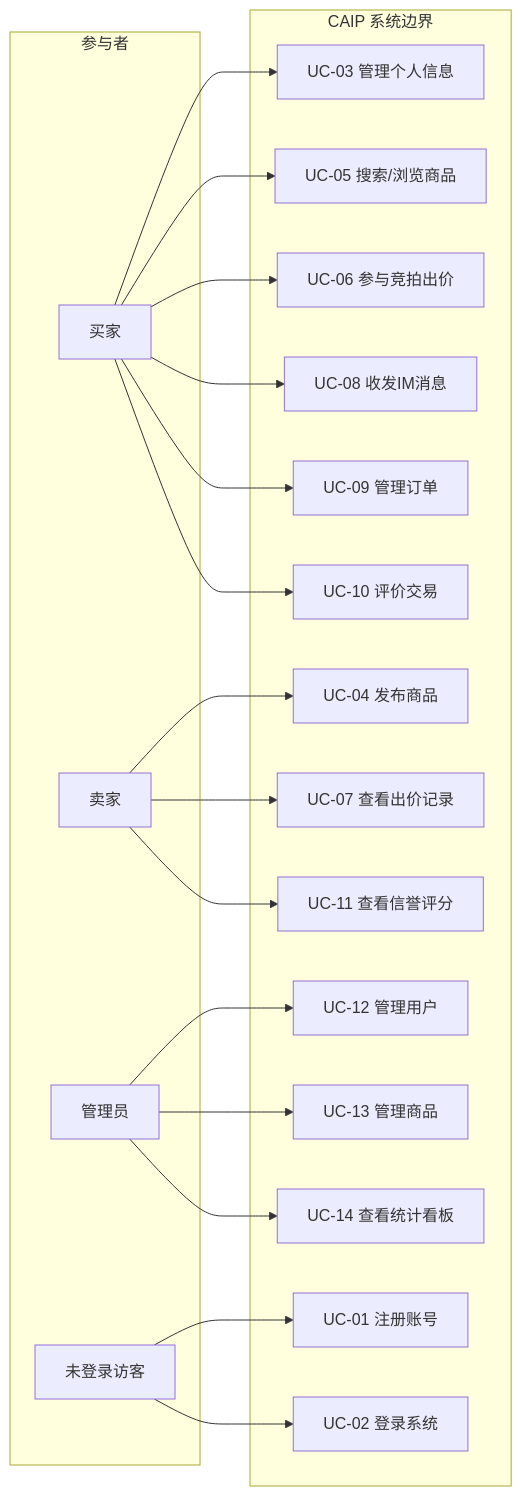
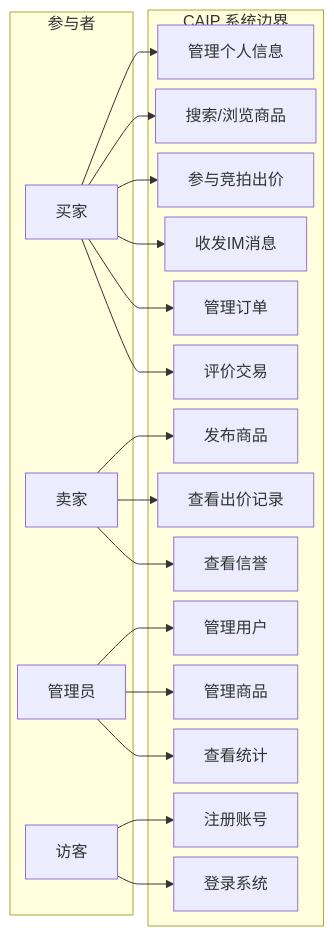
Before and after one commit to LiuZiyan3126/campus-auction-im: the third of 9 diagrams in docs/01-开发计划书-修订版.md, drawn with Mermaid. The commit also changed other lines of this file and 2 other files, not shown here.

First line of the commit message:
docs: 开发计划书添加封面，缩小前部图表，优化README

````diff
--- a/docs/01-开发计划书-修订版.md
+++ b/docs/01-开发计划书-修订版.md
@@ -273,41 +313,42 @@
 ```mermaid
+%%{init: {'flowchart': {'nodeSpacing': 10, 'rankSpacing': 15}}}%%
 graph LR
     subgraph 参与者["参与者"]
         Buyer["买家"]
         Seller["卖家"]
         Admin["管理员"]
-        Visitor["未登录访客"]
+        Visitor["访客"]
     end
 
     subgraph 系统边界["CAIP 系统边界"]
-        UC01["UC-01 注册账号"]
-        UC02["UC-02 登录系统"]
-        UC03["UC-03 管理个人信息"]
-        UC04["UC-04 发布商品"]
-        UC05["UC-05 搜索/浏览商品"]
-        UC06["UC-06 参与竞拍出价"]
-        UC07["UC-07 查看出价记录"]
-        UC08["UC-08 收发IM消息"]
-        UC09["UC-09 管理订单"]
-        UC10["UC-10 评价交易"]
-        UC11["UC-11 查看信誉评分"]
-        UC12["UC-12 管理用户"]
-        UC13["UC-13 管理商品"]
-        UC14["UC-14 查看统计看板"]
+        UC01["注册账号"]
+        UC02["登录系统"]
+        UC03["管理个人信息"]
+        UC04["发布商品"]
+        UC05["搜索/浏览商品"]
+        UC06["参与竞拍出价"]
+        UC07["查看出价记录"]
+        UC08["收发IM消息"]
+        UC09["管理订单"]
+        UC10["评价交易"]
+        UC11["查看信誉"]
+        UC12["管理用户"]
+        UC13["管理商品"]
+        UC14["查看统计"]
     end
 
     Visitor --> UC01
     Visitor --> UC02
     Buyer --> UC03
     Buyer --> UC05
     Buyer --> UC06
     Buyer --> UC08
     Buyer --> UC09
     Buyer --> UC10
     Seller --> UC04
     Seller --> UC07
     Seller --> UC11
     Admin --> UC12
     Admin --> UC13
     Admin --> UC14
 ```
````
